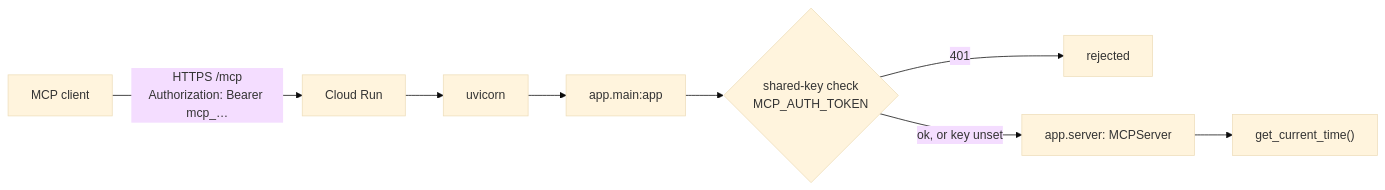
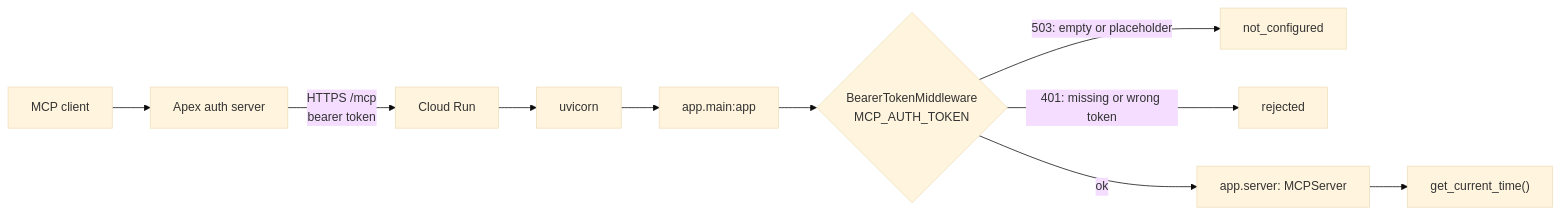
The second of 2 diagrams in README.md (haughtai-jared/hsconnector_template), drawn with Mermaid (base theme) before and after one commit. The commit also changed other lines of this file and 9 other files, not shown here.

Commit message:
update mcp token instructions

````diff
--- a/README.md
+++ b/README.md
@@ -208,10 +301,12 @@
 ```mermaid
 flowchart LR
-    C[MCP client] -->|"HTTPS /mcp<br/>Authorization: Bearer mcp_…"| R[Cloud Run]
+    C[MCP client] --> Apex[Apex auth server]
+    Apex -->|"HTTPS /mcp<br/>bearer token"| R[Cloud Run]
     R --> U[uvicorn]
     U --> A[app.main:app]
-    A --> M{"shared-key check<br/>MCP_AUTH_TOKEN"}
-    M -->|401| X[rejected]
-    M -->|ok, or key unset| S[app.server: MCPServer]
+    A --> M{"BearerTokenMiddleware<br/>MCP_AUTH_TOKEN"}
+    M -->|"503: empty or placeholder"| X1[not_configured]
+    M -->|"401: missing or wrong token"| X2[rejected]
+    M -->|ok| S[app.server: MCPServer]
     S --> T["get_current_time()"]
 ```
````
